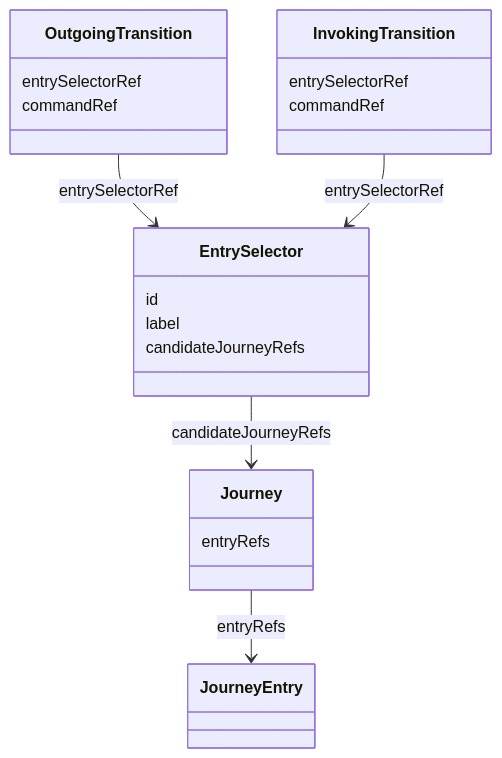
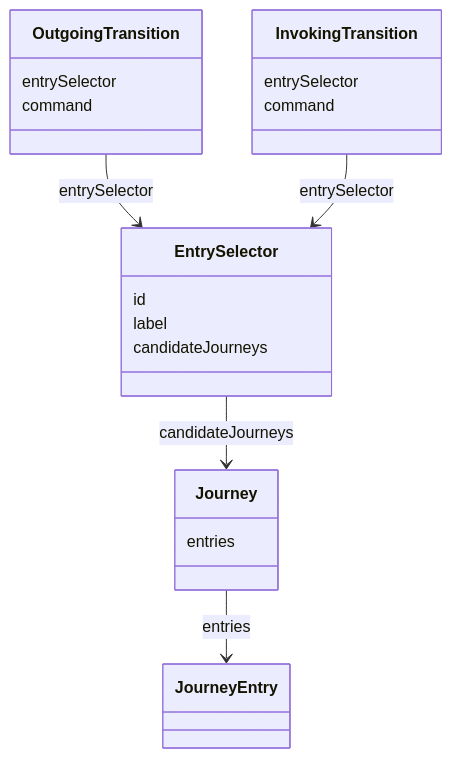
The ninth of 15 diagrams in specs/ed/graph/index.md (openuji/spec-ujg), drawn with Mermaid before and after one commit. The commit also changed other lines of this file and 370 other files, not shown here.

````diff
--- a/specs/ed/graph/index.md
+++ b/specs/ed/graph/index.md
@@ -925,25 +647,25 @@
 ```mermaid
 classDiagram
   class OutgoingTransition {
-    entrySelectorRef
-    commandRef
+    entrySelector
+    command
   }
   class InvokingTransition {
-    entrySelectorRef
-    commandRef
+    entrySelector
+    command
   }
   class EntrySelector {
     id
     label
-    candidateJourneyRefs
+    candidateJourneys
   }
   class Journey {
-    entryRefs
+    entries
   }
   class JourneyEntry
 
-  OutgoingTransition --> EntrySelector : entrySelectorRef
-  InvokingTransition --> EntrySelector : entrySelectorRef
-  EntrySelector --> Journey : candidateJourneyRefs
-  Journey --> JourneyEntry : entryRefs
+  OutgoingTransition --> EntrySelector : entrySelector
+  InvokingTransition --> EntrySelector : entrySelector
+  EntrySelector --> Journey : candidateJourneys
+  Journey --> JourneyEntry : entries
 ```
````
